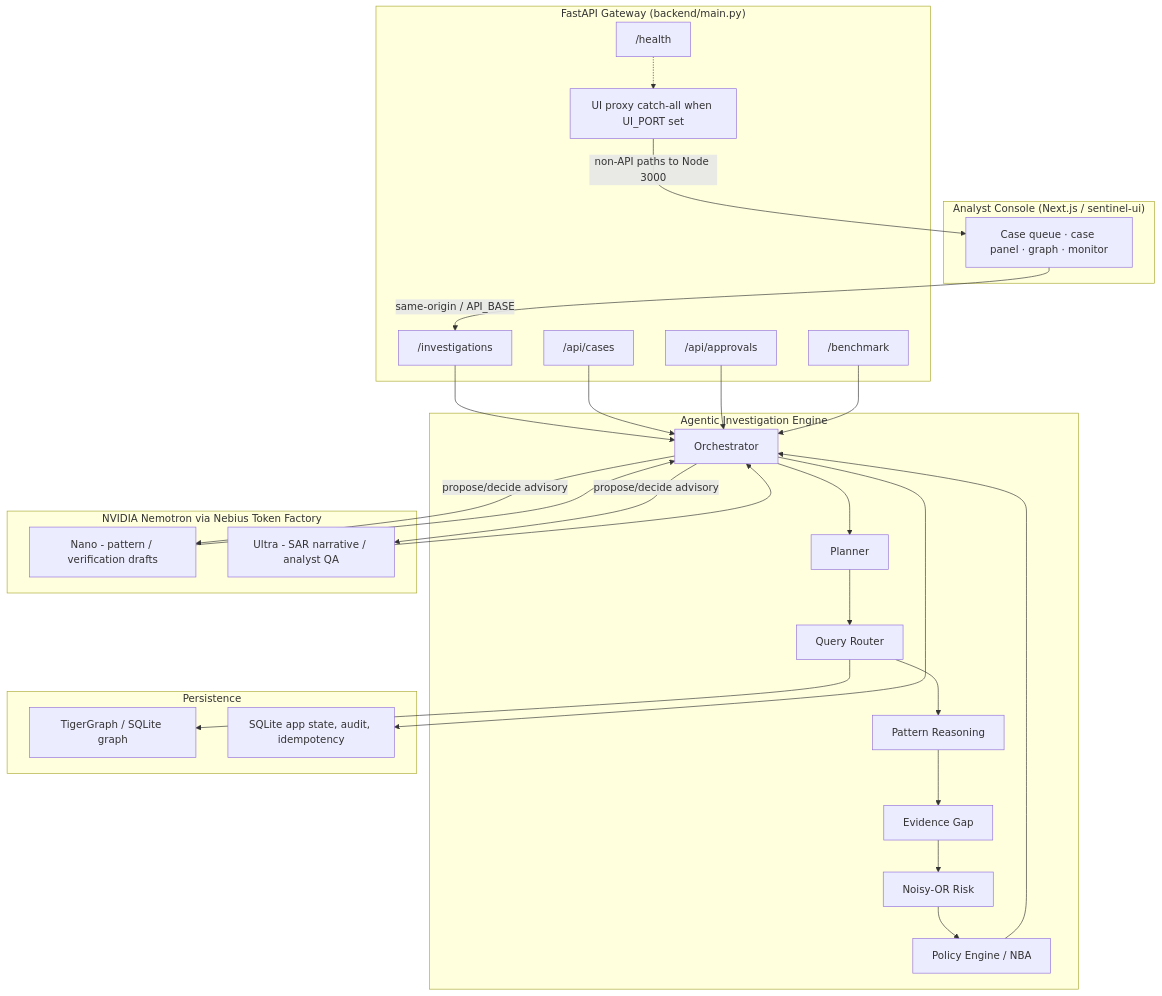
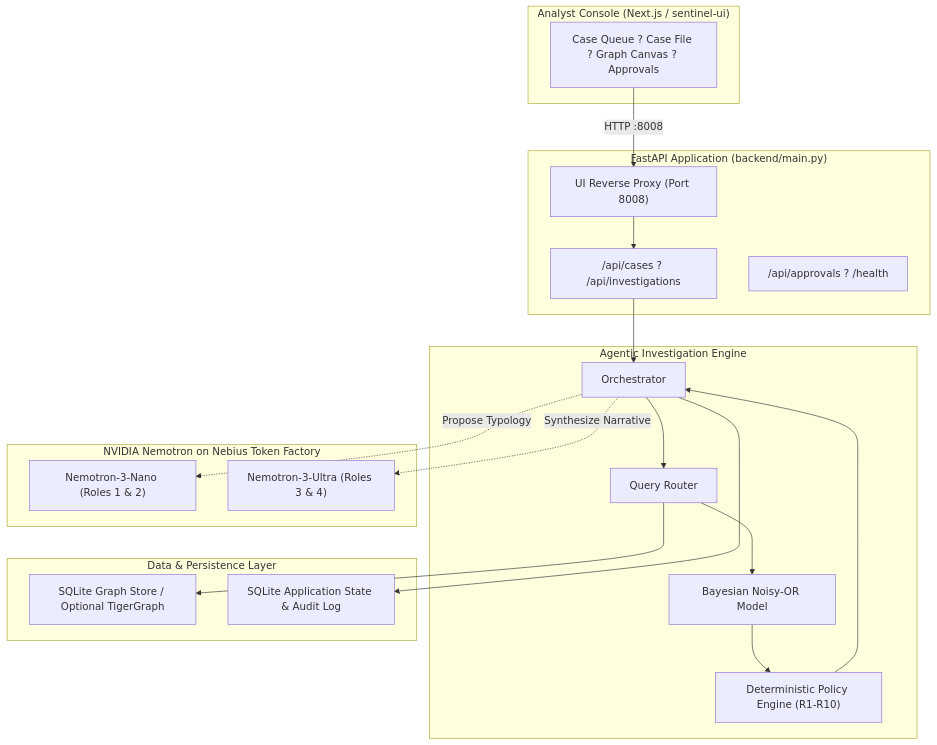
The diagram in README.md (shaikmohammedyasin-create/hhgoa-sentinel-console), drawn with Mermaid before and after one commit. The commit also changed other lines of this file, not shown here.

````diff
--- a/README.md
+++ b/README.md
@@ -175,47 +110,34 @@
 ```mermaid
 graph TD
     subgraph UI["Analyst Console (Next.js / sentinel-ui)"]
-        UI1["Case queue · case panel · graph · monitor"]
+        UI1["Case Queue ? Case File ? Graph Canvas ? Approvals"]
     end
-    subgraph API["FastAPI Gateway (backend/main.py)"]
-        API1["/investigations"]
-        API2["/api/cases"]
-        API3["/api/approvals"]
-        API4["/benchmark"]
-        API5["/health"]
-        UI_PROXY["UI proxy catch-all when UI_PORT set"]
+    subgraph GATEWAY["FastAPI Application (backend/main.py)"]
+        API1["/api/cases ? /api/investigations"]
+        API2["/api/approvals ? /health"]
+        API3["UI Reverse Proxy (Port 8008)"]
     end
     subgraph ENGINE["Agentic Investigation Engine"]
         ORCH["Orchestrator"]
-        PLANNER["Planner"]
         ROUTER["Query Router"]
-        PATTERN["Pattern Reasoning"]
-        GAP["Evidence Gap"]
-        RISK["Noisy-OR Risk"]
-        POLICY["Policy Engine / NBA"]
+        RISK["Bayesian Noisy-OR Model"]
+        POLICY["Deterministic Policy Engine (R1-R10)"]
     end
-    subgraph LLM["NVIDIA Nemotron via Nebius Token Factory"]
-        NANO["Nano - pattern / verification drafts"]
-        ULTRA["Ultra - SAR narrative / analyst QA"]
+    subgraph LLM["NVIDIA Nemotron on Nebius Token Factory"]
+        NANO["Nemotron-3-Nano (Roles 1 & 2)"]
+        ULTRA["Nemotron-3-Ultra (Roles 3 & 4)"]
     end
-    subgraph STORE["Persistence"]
-        TG["TigerGraph / SQLite graph"]
-        APP_DB["SQLite app state, audit, idempotency"]
+    subgraph DATA["Data & Persistence Layer"]
+        GRAPH["SQLite Graph Store / Optional TigerGraph"]
+        APP_DB["SQLite Application State & Audit Log"]
     end
-    UI1 -->|"same-origin / API_BASE"| API1
+
+    UI1 -->|"HTTP :8008"| API3
+    API3 --> API1
     API1 --> ORCH
-    API2 --> ORCH
-    API3 --> ORCH
-    API4 --> ORCH
-    API5 -.-> UI_PROXY
-    UI_PROXY -->|"non-API paths to Node 3000"| UI1
-    ORCH --> PLANNER --> ROUTER
-    ROUTER --> PATTERN --> GAP
-    GAP --> RISK --> POLICY --> ORCH
-    ORCH -->|"propose/decide advisory"| NANO
-    ORCH -->|"propose/decide advisory"| ULTRA
-    NANO --> ORCH
-    ULTRA --> ORCH
-    ROUTER --> TG
+    ORCH --> ROUTER --> GRAPH
+    ROUTER --> RISK --> POLICY --> ORCH
+    ORCH -.->|"Propose Typology"| NANO
+    ORCH -.->|"Synthesize Narrative"| ULTRA
     ORCH --> APP_DB
 ```
````
